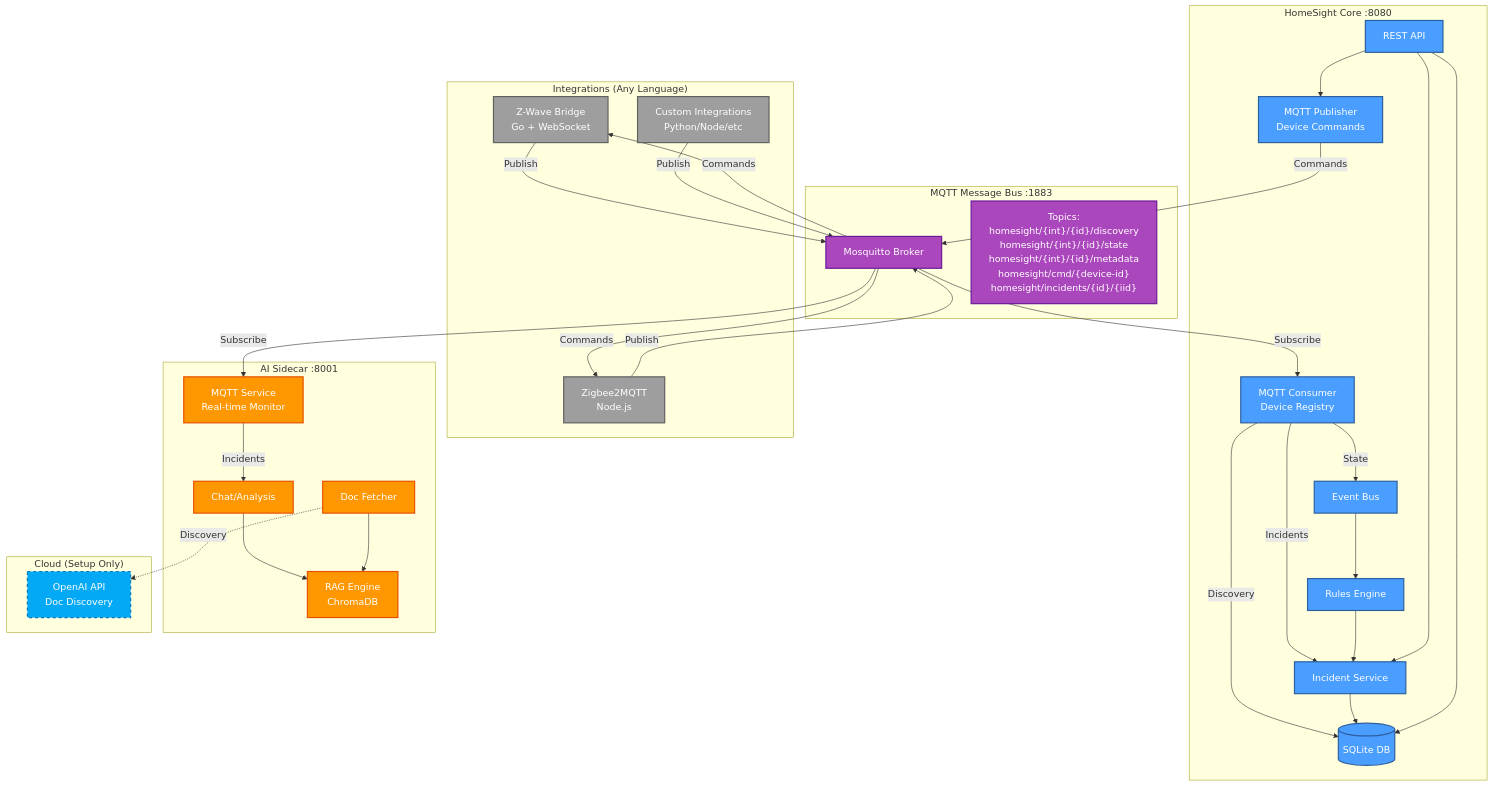
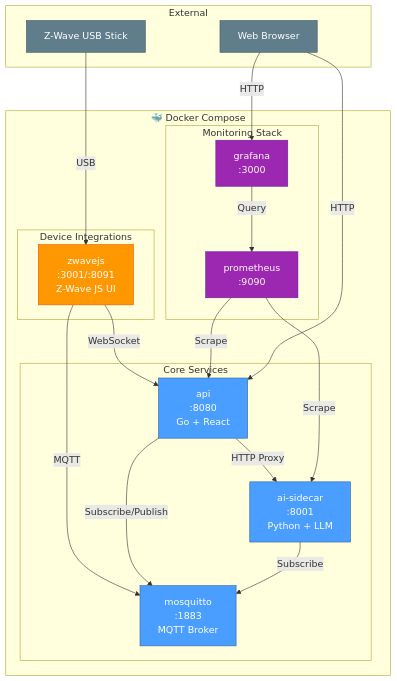
Before and after one commit to jbetancur/homesight: the first of 4 diagrams in README.md, drawn with Mermaid. The commit also changed other lines of this file, not shown here.

````diff
--- a/README.md
+++ b/README.md
@@ -90,82 +52,47 @@
 ```mermaid
 graph TB
-    subgraph "Integrations (Any Language)"
-        ZWAVE[Z-Wave Bridge<br/>Go + WebSocket]
-        ZIGBEE[Zigbee2MQTT<br/>Node.js]
-        CUSTOM[Custom Integrations<br/>Python/Node/etc]
+    subgraph Docker["🐳 Docker Compose"]
+        subgraph Core["Core Services"]
+            MOSQUITTO["mosquitto<br/>:1883<br/>MQTT Broker"]
+            API["api<br/>:8080<br/>Go + React"]
+            AI["ai-sidecar<br/>:8001<br/>Python + LLM"]
+        end
+        
+        subgraph Integrations["Device Integrations"]
+            ZWAVEJS["zwavejs<br/>:3001/:8091<br/>Z-Wave JS UI"]
+        end
+        
+        subgraph Monitoring["Monitoring Stack"]
+            PROM["prometheus<br/>:9090"]
+            GRAF["grafana<br/>:3000"]
+        end
     end
 
-    subgraph "MQTT Message Bus :1883"
-        MOSQUITTO["Mosquitto Broker"]
-        TOPICS["Topics:<br/>homesight/{int}/{id}/discovery<br/>homesight/{int}/{id}/state<br/>homesight/{int}/{id}/metadata<br/>homesight/cmd/{device-id}<br/>homesight/incidents/{id}/{iid}"]
+    subgraph External["External"]
+        ZSTICK["Z-Wave USB Stick"]
+        BROWSER["Web Browser"]
     end
 
-    subgraph "HomeSight Core :8080"
-        CONSUMER[MQTT Consumer<br/>Device Registry]
-        PUBLISHER[MQTT Publisher<br/>Device Commands]
-        API[REST API]
-        EVENTS[Event Bus]
-        RULES[Rules Engine]
-        INCIDENTS[Incident Service]
-        DB[(SQLite DB)]
-    end
+    %% Connections
+    ZSTICK -->|USB| ZWAVEJS
+    ZWAVEJS -->|WebSocket| API
+    ZWAVEJS -->|MQTT| MOSQUITTO
+    API -->|Subscribe/Publish| MOSQUITTO
+    AI -->|Subscribe| MOSQUITTO
+    API -->|HTTP Proxy| AI
+    PROM -->|Scrape| API
+    PROM -->|Scrape| AI
+    GRAF -->|Query| PROM
+    BROWSER -->|HTTP| API
+    BROWSER -->|HTTP| GRAF
 
-    subgraph "AI Sidecar :8001"
-        MQTT_SVC[MQTT Service<br/>Real-time Monitor]
-        RAG[RAG Engine<br/>ChromaDB]
-        CHAT[Chat/Analysis]
-        DOC_FETCH[Doc Fetcher]
-    end
+    classDef core fill:#4a9eff,stroke:#2d5f9f,color:#fff
+    classDef integration fill:#ff9800,stroke:#e65100,color:#fff
+    classDef monitoring fill:#9c27b0,stroke:#6a1b9a,color:#fff
+    classDef external fill:#607d8b,stroke:#455a64,color:#fff
 
-    subgraph "Cloud (Setup Only)"
-        OPENAI[OpenAI API<br/>Doc Discovery]
-    end
-
-    %% Integration → MQTT
-    ZWAVE -->|Publish| MOSQUITTO
-    ZIGBEE -->|Publish| MOSQUITTO
-    CUSTOM -->|Publish| MOSQUITTO
-
-    %% MQTT → Core
-    MOSQUITTO -->|Subscribe| CONSUMER
-    CONSUMER -->|Discovery| DB
-    CONSUMER -->|State| EVENTS
-    CONSUMER -->|Incidents| INCIDENTS
-
-    %% Core → MQTT
-    API --> PUBLISHER
-    PUBLISHER -->|Commands| MOSQUITTO
-
-    %% MQTT → Integrations
-    MOSQUITTO -->|Commands| ZWAVE
-    MOSQUITTO -->|Commands| ZIGBEE
-
-    %% Event Processing
-    EVENTS --> RULES
-    RULES --> INCIDENTS
-    INCIDENTS --> DB
-
-    %% API
-    API --> DB
-    API --> INCIDENTS
-
-    %% AI Real-time
-    MOSQUITTO -->|Subscribe| MQTT_SVC
-    MQTT_SVC -->|Incidents| CHAT
-    CHAT --> RAG
-    DOC_FETCH --> RAG
-    DOC_FETCH -.->|Discovery| OPENAI
-
-    %% Styling
-    classDef core fill:#4a9eff,stroke:#2d5f9f,stroke-width:2px,color:#fff
-    classDef ai fill:#ff9800,stroke:#e65100,stroke-width:2px,color:#fff
-    classDef integration fill:#9e9e9e,stroke:#616161,stroke-width:2px,color:#fff
-    classDef bus fill:#ab47bc,stroke:#6a1b9a,stroke-width:2px,color:#fff
-    classDef cloud fill:#03a9f4,stroke:#0277bd,stroke-width:2px,stroke-dasharray:5,5,color:#fff
-
-    class API,CONSUMER,PUBLISHER,EVENTS,RULES,INCIDENTS,DB core
-    class MQTT_SVC,CHAT,RAG,DOC_FETCH ai
-    class ZWAVE,ZIGBEE,CUSTOM integration
-    class MOSQUITTO,TOPICS bus
-    class OPENAI cloud
+    class MOSQUITTO,API,AI core
+    class ZWAVEJS integration
+    class PROM,GRAF monitoring
+    class ZSTICK,BROWSER external
 ```
````
